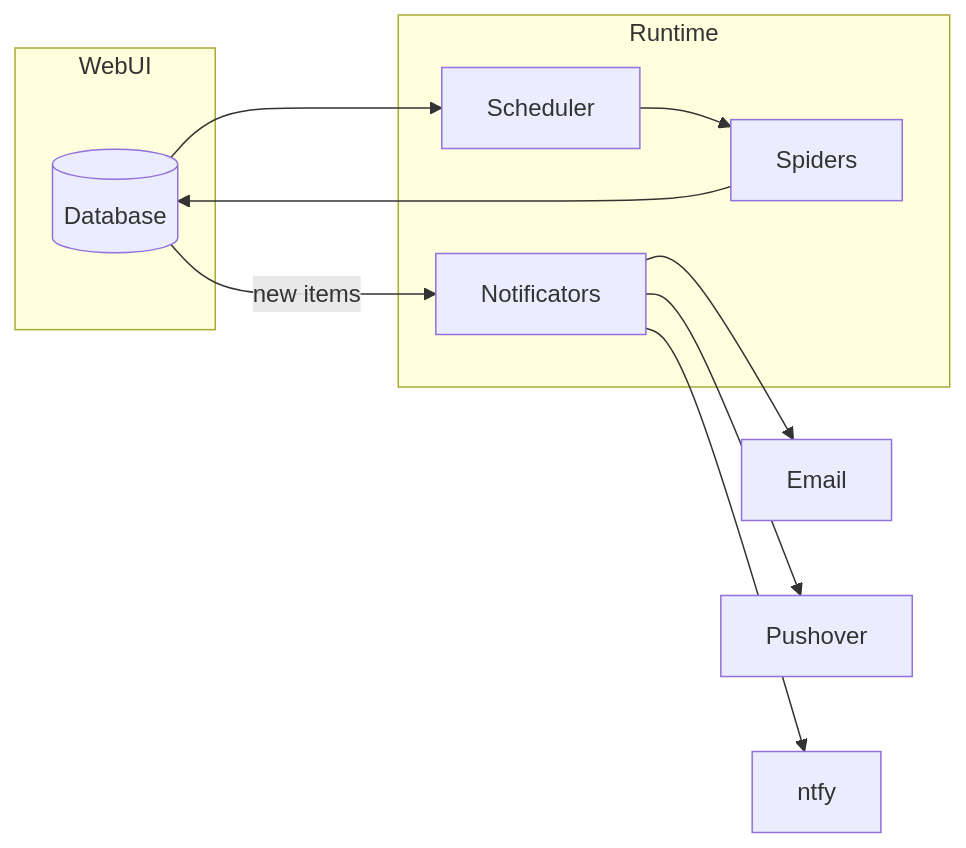
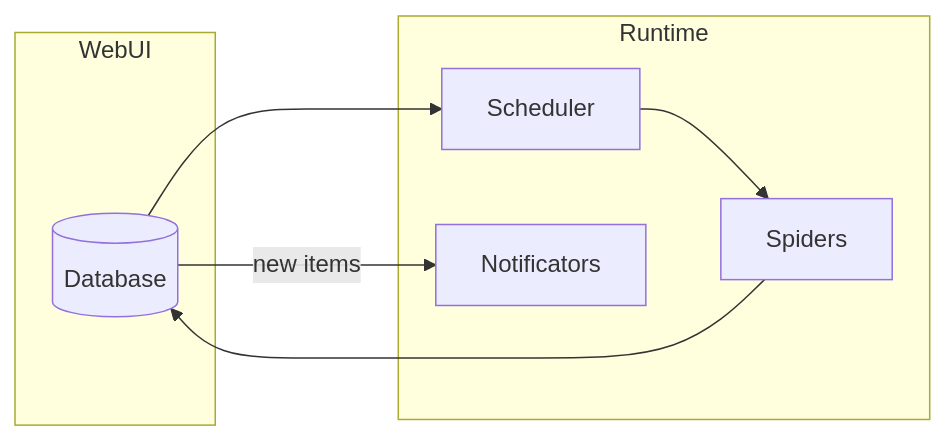
Before and after one commit to jprevc/listing-watch: the diagram in README.md, drawn with Mermaid. The commit also changed other lines of this file and 14 other files, not shown here.

````diff
--- a/README.md
+++ b/README.md
@@ -24,18 +24,15 @@
 ```mermaid
 flowchart LR
     subgraph WebUI
         DB[(Database)]
     end
     subgraph Runtime
         Scheduler[Scheduler]
         Spiders[Spiders]
         Notify[Notificators]
     end
     DB --> Scheduler
     Scheduler --> Spiders
     Spiders --> DB
     DB -->|new items| Notify
-    Notify --> Email[Email]
-    Notify --> Pushover[Pushover]
-    Notify --> Ntfy[ntfy]
 ```
````
